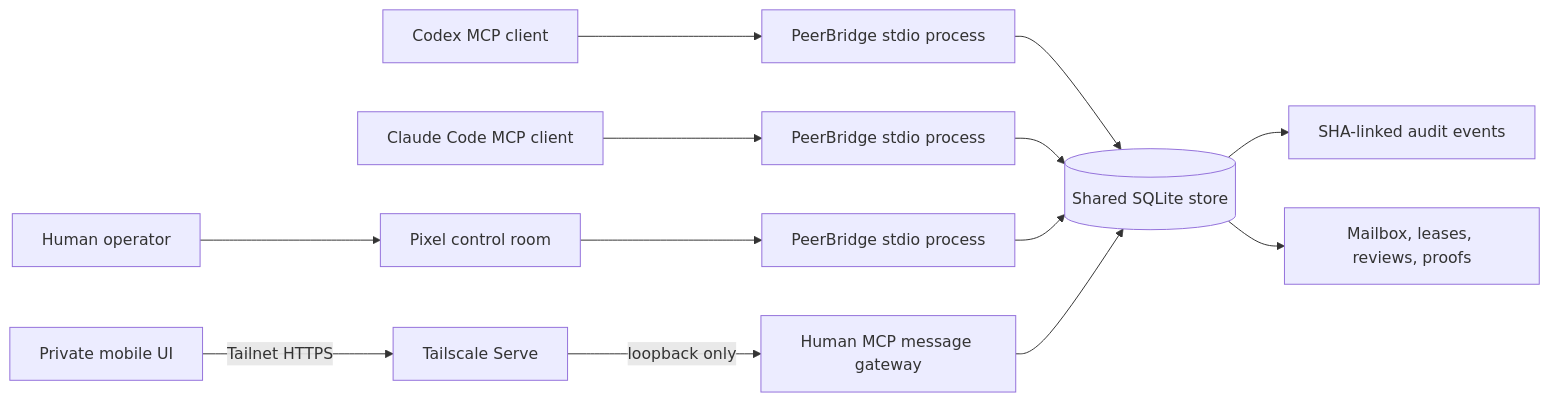
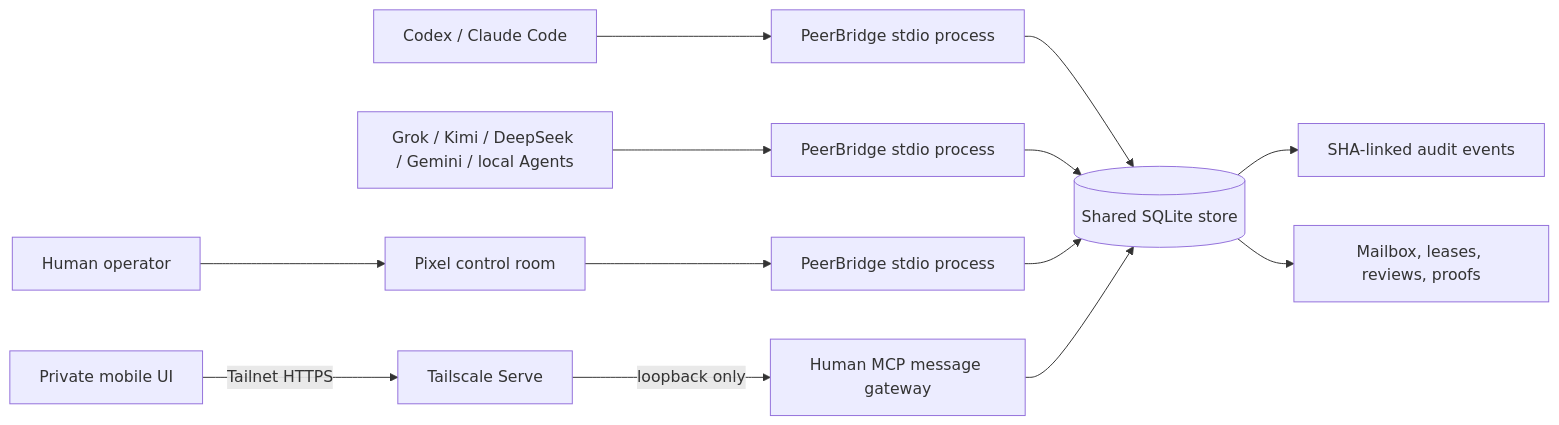
The diagram in README.md (Hoylon/peerbridge-mcp), drawn with Mermaid before and after one commit. The commit also changed other lines of this file and 18 other files, not shown here.

Commit message:
Release PeerBridge MCP Alpha 5

````diff
--- a/README.md
+++ b/README.md
@@ -40,15 +44,15 @@
 ```mermaid
 flowchart LR
     H["Human operator"] --> M["Pixel control room"]
-    C["Codex MCP client"] --> S1["PeerBridge stdio process"]
-    A["Claude Code MCP client"] --> S2["PeerBridge stdio process"]
+    C["Codex / Claude Code"] --> S1["PeerBridge stdio process"]
+    A["Grok / Kimi / DeepSeek / Gemini / local Agents"] --> S2["PeerBridge stdio process"]
     M --> S3["PeerBridge stdio process"]
     R["Private mobile UI"] -->|"Tailnet HTTPS"| T["Tailscale Serve"]
     T -->|"loopback only"| S4["Human MCP message gateway"]
     S1 --> DB[("Shared SQLite store")]
     S2 --> DB
     S3 --> DB
     S4 --> DB
     DB --> L["SHA-linked audit events"]
     DB --> W["Mailbox, leases, reviews, proofs"]
 ```
````
